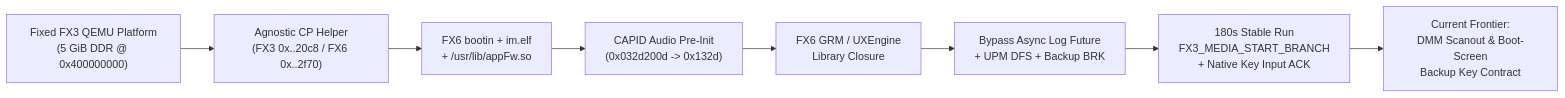
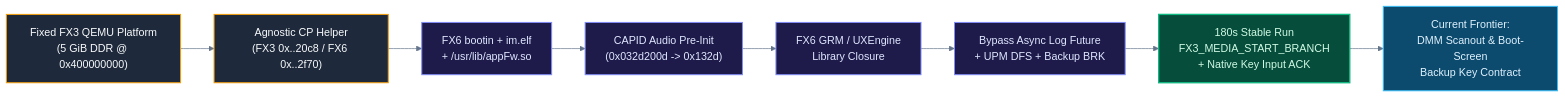
Before and after one commit to Rem021/sony-fx3-fx6-lab: the diagram in README.md, drawn with Mermaid. The commit also changed other lines of this file and 2 other files, not shown here.

Commit message:
docs(ui): add modern SVG hero banner, boot pipeline vector chart, and styled Mermaid diagrams

````diff
--- a/README.md
+++ b/README.md
@@ -43,10 +60,21 @@
 ```mermaid
+%%{init: {'theme': 'base', 'themeVariables': { 'primaryColor': '#0F172A', 'primaryTextColor': '#F8FAFC', 'primaryBorderColor': '#38BDF8', 'lineColor': '#64748B'}}}%%
 flowchart LR
     A["Fixed FX3 QEMU Platform\n(5 GiB DDR @ 0x400000000)"] --> B["Agnostic CP Helper\n(FX3 0x..20c8 / FX6 0x..2f70)"]
     B --> C["FX6 bootin + im.elf\n+ /usr/lib/appFw.so"]
     C --> D["CAPID Audio Pre-Init\n(0x032d200d -> 0x132d)"]
     D --> E["FX6 GRM / UXEngine\nLibrary Closure"]
     E --> F["Bypass Async Log Future\n+ UPM DFS + Backup BRK"]
     F --> G["180s Stable Run\nFX3_MEDIA_START_BRANCH\n+ Native Key Input ACK"]
     G --> H["Current Frontier:\nDMM Scanout & Boot-Screen\nBackup Key Contract"]
+
+    classDef plat fill:#1E293B,stroke:#F59E0B,stroke-width:1.5px,color:#F8FAFC;
+    classDef shim fill:#1E1B4B,stroke:#818CF8,stroke-width:1.5px,color:#E0E7FF;
+    classDef ok fill:#064E3B,stroke:#10B981,stroke-width:2px,color:#D1FAE5;
+    classDef front fill:#0C4A6E,stroke:#38BDF8,stroke-width:1.5px,color:#E0F2FE;
+
+    class A,B plat;
+    class C,D,E,F shim;
+    class G ok;
+    class H front;
 ```
````
